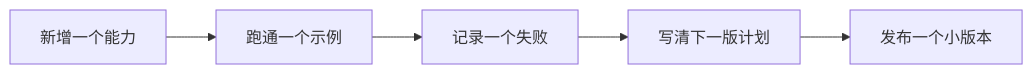
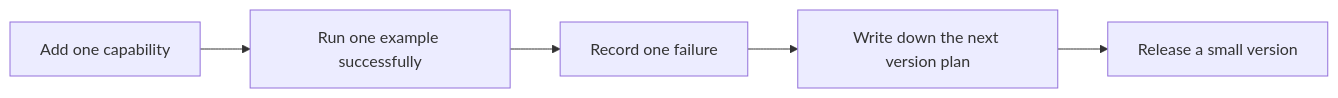
The first of 3 diagrams in docs/intro/ai-learning-assistant-version-roadmap.md (oudbiao/AI-fullstack-course), drawn with Mermaid before and after one commit. The commit also changed other lines of this file and 1406 other files, not shown here.

````diff
--- a/docs/intro/ai-learning-assistant-version-roadmap.md
+++ b/docs/intro/ai-learning-assistant-version-roadmap.md
@@ -18,7 +18,7 @@
 ```mermaid
 flowchart LR
-  A["新增一个能力"] --> B["跑通一个示例"]
-  B --> C["记录一个失败"]
-  C --> D["写清下一版计划"]
-  D --> E["发布一个小版本"]
+  A["Add one capability"] --> B["Run one example successfully"]
+  B --> C["Record one failure"]
+  C --> D["Write down the next version plan"]
+  D --> E["Release a small version"]
 ```
````
